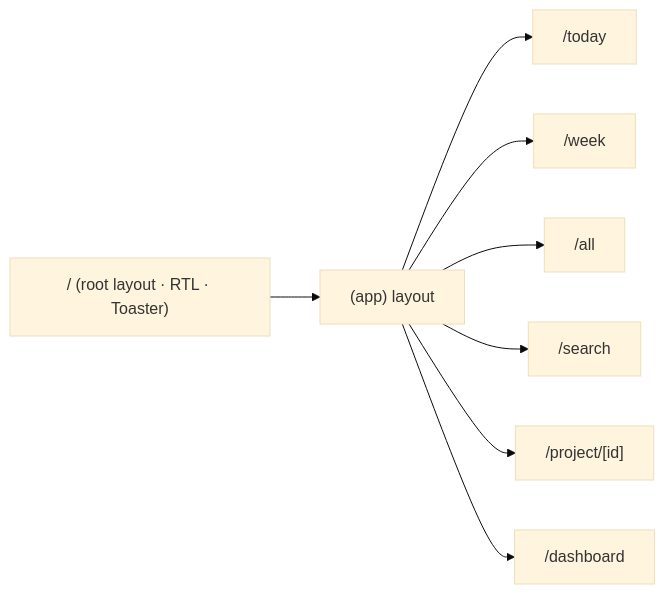
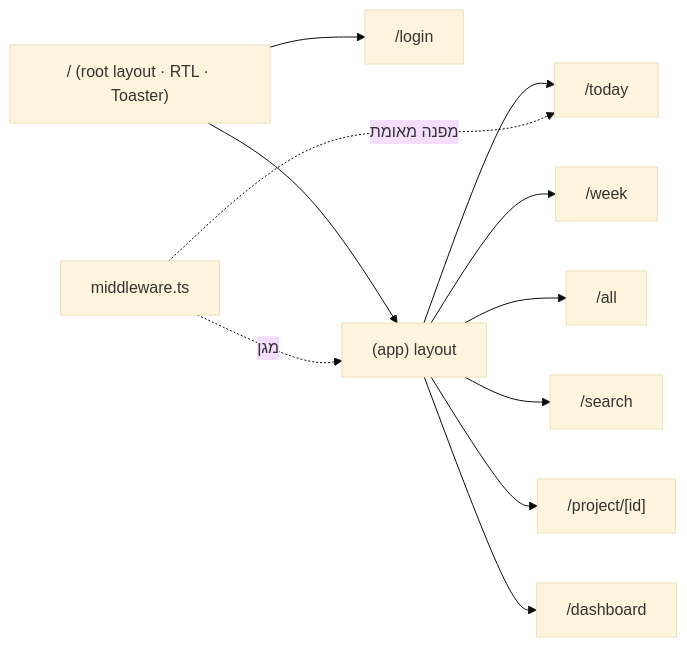
Before and after one commit to michaelvolchek-stack/club2030-claudemonth: the diagram in Vault/ארכיטקטורה/דפים וניווט.md, drawn with Mermaid (base theme). The commit also changed other lines of this file and 10 other files, not shown here.

````diff
--- a/Vault/ארכיטקטורה/דפים וניווט.md
+++ b/Vault/ארכיטקטורה/דפים וניווט.md
@@ -17,10 +17,13 @@
 ```mermaid
 graph LR
-    Root["/ (root layout · RTL · Toaster)"] --> App["(app) layout"]
+    Root["/ (root layout · RTL · Toaster)"] --> Login["/login"]
+    Root --> App["(app) layout"]
     App --> today["/today"]
     App --> week["/week"]
     App --> all["/all"]
     App --> search["/search"]
     App --> project["/project/[id]"]
     App --> dashboard["/dashboard"]
+    MW["middleware.ts"] -.->|מגן| App
+    MW -.->|מפנה מאומת| today
 ```
````
